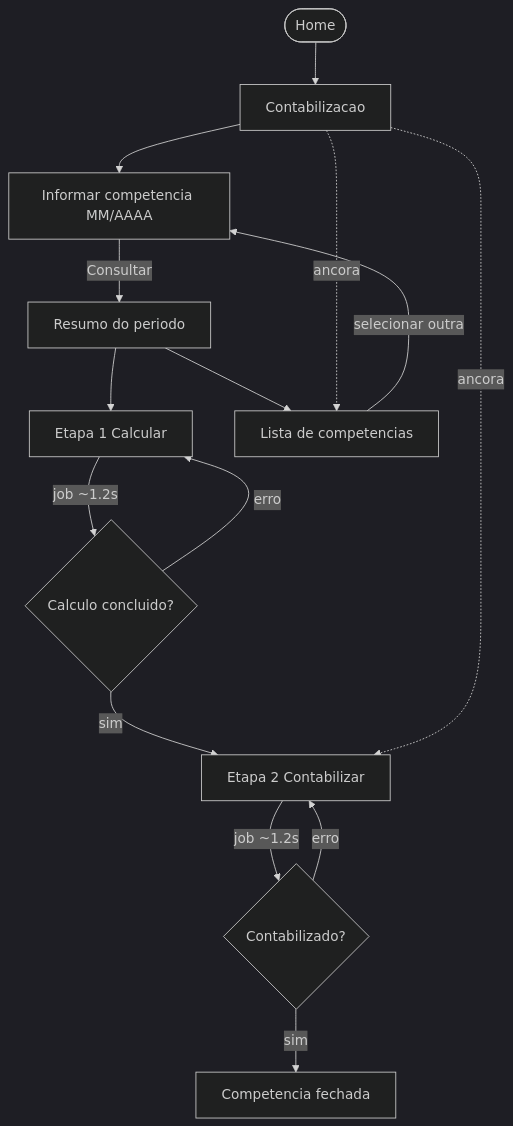
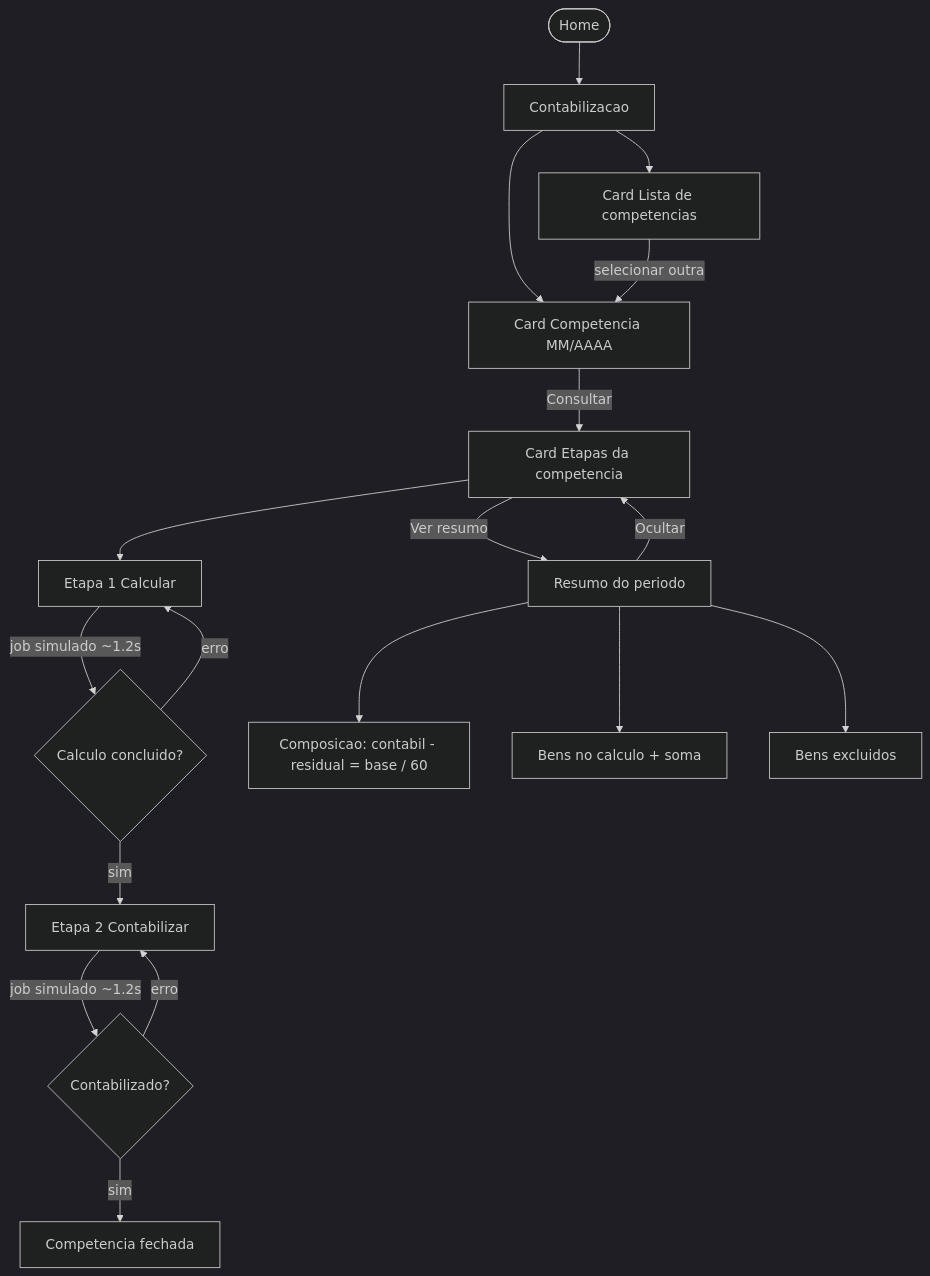
The sixth of 9 diagrams in MAPA-PROJETO.md (Boyyypablo/patrimonio), drawn with Mermaid (dark theme) before and after one commit. The commit also changed other lines of this file and 89 other files, not shown here.

````diff
--- a/MAPA-PROJETO.md
+++ b/MAPA-PROJETO.md
@@ -248,19 +264,23 @@
 ```mermaid
 flowchart TD
   home(["Home"]) --> contab["Contabilizacao"]
-  contab --> inputPeriod["Informar competencia MM/AAAA"]
-  inputPeriod -->|"Consultar"| summary["Resumo do periodo"]
+  contab --> inputPeriod["Card Competencia MM/AAAA"]
+  inputPeriod -->|"Consultar"| etapas["Card Etapas da competencia"]
 
-  summary --> step1["Etapa 1 Calcular"]
-  step1 -->|"job ~1.2s"| calcDone{"Calculo concluido?"}
+  etapas --> step1["Etapa 1 Calcular"]
+  step1 -->|"job simulado ~1.2s"| calcDone{"Calculo concluido?"}
   calcDone -->|"sim"| step2["Etapa 2 Contabilizar"]
   calcDone -->|"erro"| step1
-  step2 -->|"job ~1.2s"| postDone{"Contabilizado?"}
+  step2 -->|"job simulado ~1.2s"| postDone{"Contabilizado?"}
   postDone -->|"sim"| locked["Competencia fechada"]
   postDone -->|"erro"| step2
 
-  summary --> lista["Lista de competencias"]
+  etapas -->|"Ver resumo"| resumo["Resumo do periodo"]
+  resumo --> composicao["Composicao: contabil - residual = base / 60"]
+  resumo --> itens["Bens no calculo + soma"]
+  resumo --> excluidos["Bens excluidos"]
+  resumo -->|"Ocultar"| etapas
+
+  contab --> lista["Card Lista de competencias"]
   lista -->|"selecionar outra"| inputPeriod
-  contab -.->|"ancora"| step2
-  contab -.->|"ancora"| lista
 ```
````
